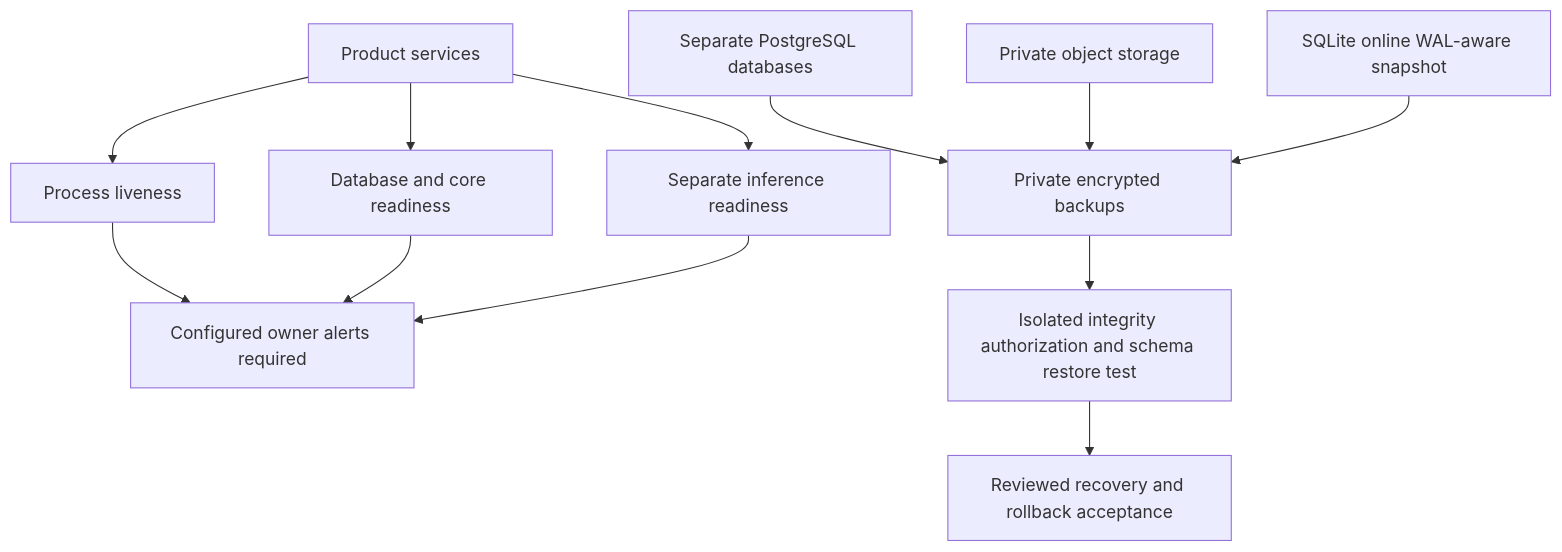
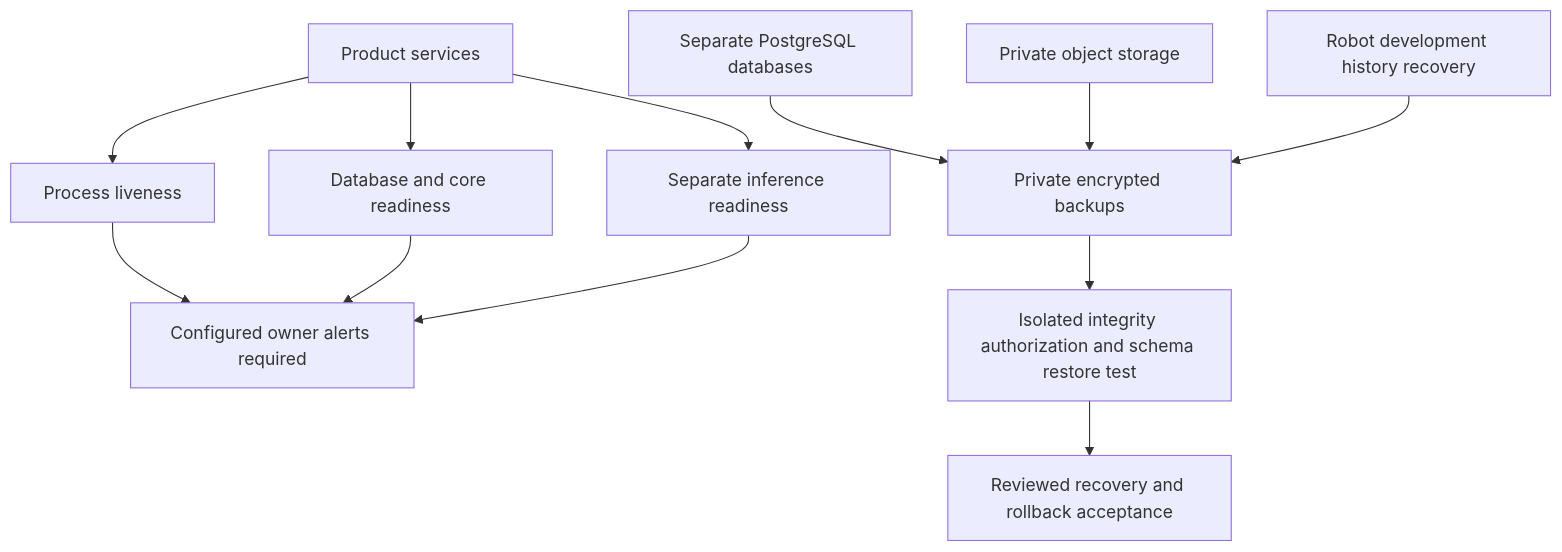
Before and after one commit to DruHustle/onesa-ai-platform: the diagram in docs/diagrams/public-recovery.mmd, drawn with Mermaid. The commit also changed 12 other files, not shown here.

```diff
--- a/docs/diagrams/public-recovery.mmd
+++ b/docs/diagrams/public-recovery.mmd
@@ -1,12 +1,12 @@
 flowchart TB
 Services[Product services] --> Live[Process liveness]
 Services --> Core[Database and core readiness]
 Services --> Model[Separate inference readiness]
 Live --> Alert[Configured owner alerts required]
 Core --> Alert
 Model --> Alert
 DB[Separate PostgreSQL databases] --> Backups[Private encrypted backups]
 Files[Private object storage] --> Backups
-Robot[SQLite online WAL-aware snapshot] --> Backups
+Robot[Robot development history recovery] --> Backups
 Backups --> Restore[Isolated integrity authorization and schema restore test]
 Restore --> Rollback[Reviewed recovery and rollback acceptance]
```
